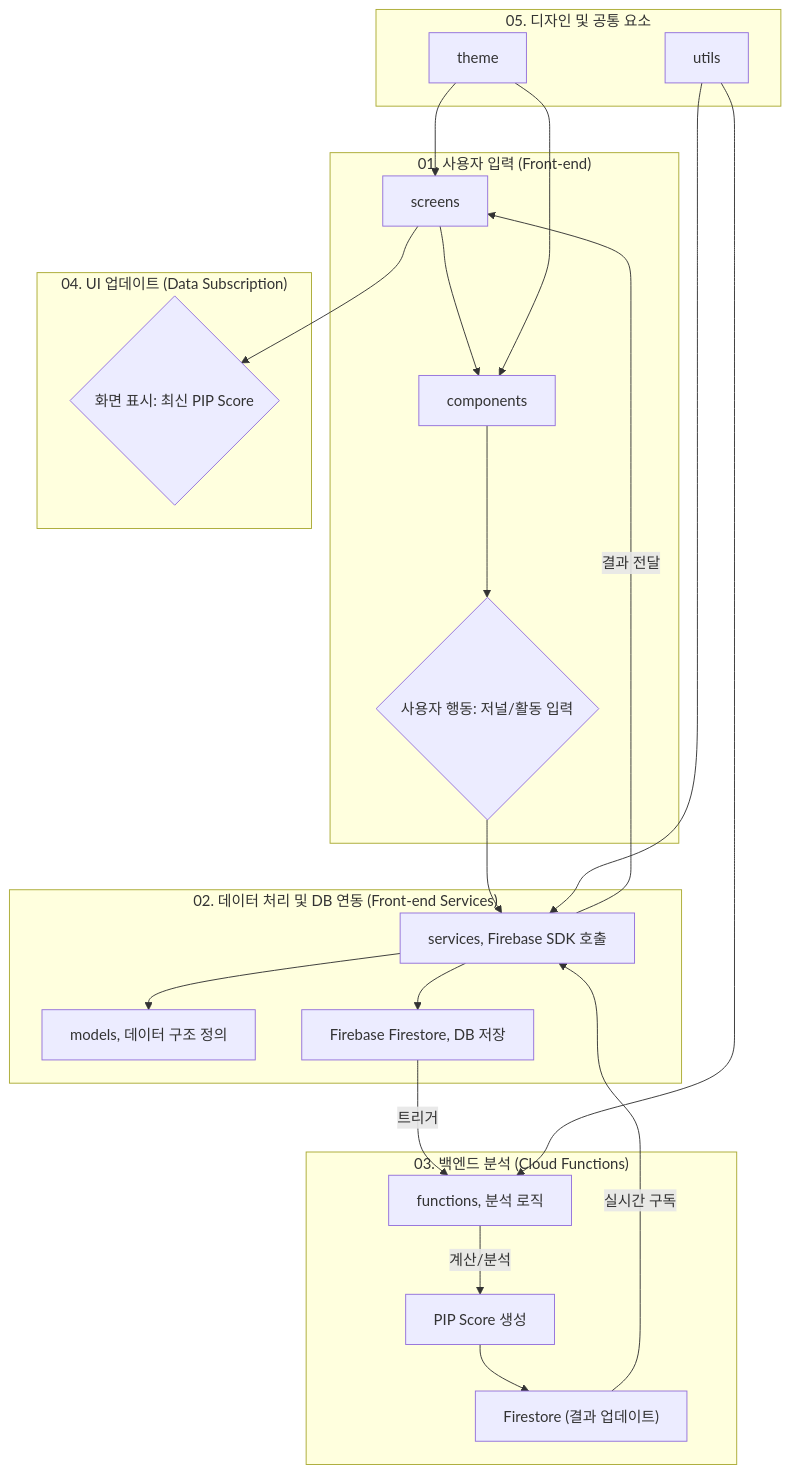
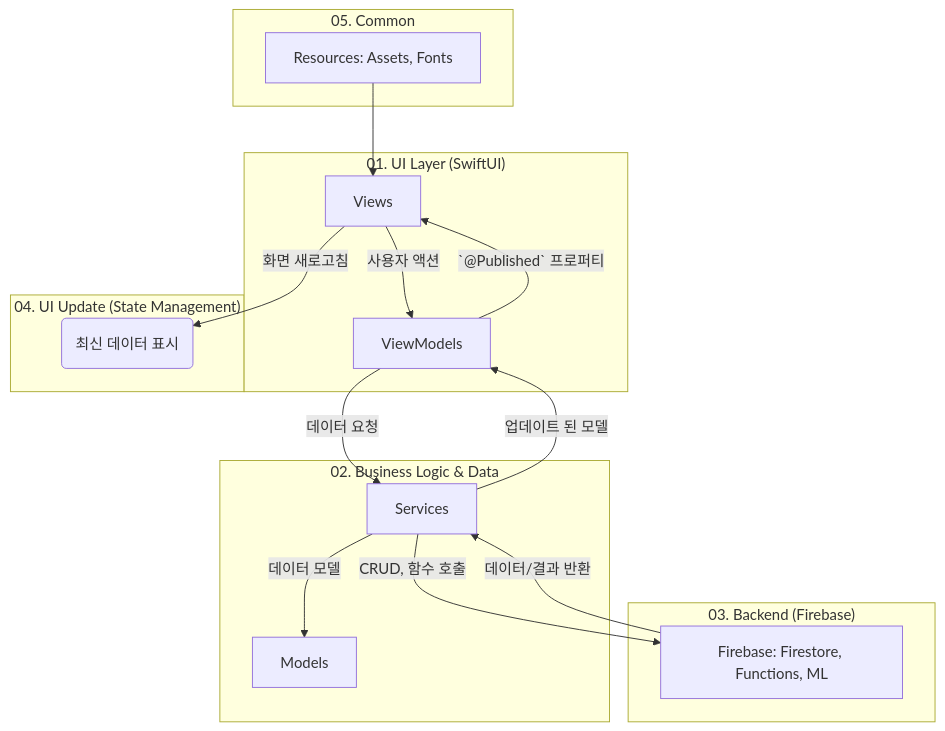
Before and after one commit to neomakes/neopip: the second of 2 diagrams in README.md, drawn with Mermaid. The commit also changed other lines of this file and 3 other files, not shown here.

````diff
--- a/README.md
+++ b/README.md
@@ -72,32 +68,26 @@
 ```mermaid
 graph TD
-    subgraph sg_fe_input ["01. 사용자 입력 (Front-end)"]
-        A[screens] --> B[components];
-        B --> C{"사용자 행동: 저널/활동 입력"};
+    subgraph sg_ui ["01. UI Layer (SwiftUI)"]
+        A[Views] -- 사용자 액션 --> B[ViewModels];
     end
 
-    subgraph sg_fe_services ["02. 데이터 처리 및 DB 연동 (Front-end Services)"]
-        C --> D["services, Firebase SDK 호출"];
-        D --> E["models, 데이터 구조 정의"];
-        D --> F["Firebase Firestore, DB 저장"];
+    subgraph sg_logic ["02. Business Logic & Data"]
+        B -- 데이터 요청 --> C[Services];
+        C -- 데이터 모델 --> D[Models];
     end
 
-    subgraph sg_be_analysis ["03. 백엔드 분석 (Cloud Functions)"]
-        F -- 트리거 --> G["functions, 분석 로직"];
-        G -- 계산/분석 --> H["PIP Score 생성"];
-        H --> I["Firestore (결과 업데이트)"];
+    subgraph sg_backend ["03. Backend (Firebase)"]
+        C -- CRUD, 함수 호출 --> E[Firebase: Firestore, Functions, ML];
+        E -- 데이터/결과 반환 --> C;
     end
 
-    subgraph sg_ui_update ["04. UI 업데이트 (Data Subscription)"]
-        I -- 실시간 구독 --> D;
-        D -- 결과 전달 --> A;
-        A --> J{"화면 표시: 최신 PIP Score"};
+    subgraph sg_update ["04. UI Update (State Management)"]
+        C -- 업데이트 된 모델 --> B;
+        B -- `@Published` 프로퍼티 --> A;
+        A -- 화면 새로고침 --> F(최신 데이터 표시);
     end
 
-    subgraph sg_common ["05. 디자인 및 공통 요소"]
-        K[theme] --> A;
-        K --> B;
-        L[utils] --> D;
-        L --> G;
+    subgraph sg_common ["05. Common"]
+       G[Resources: Assets, Fonts] --> A;
     end
 ```
````
